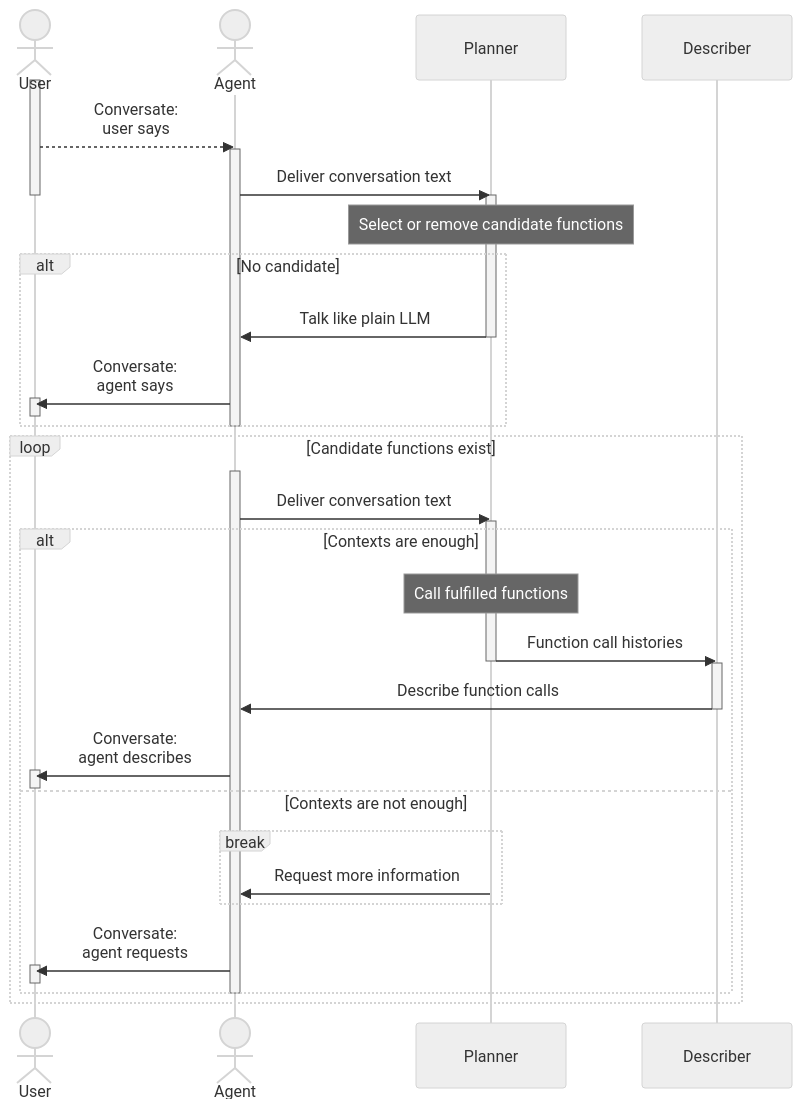
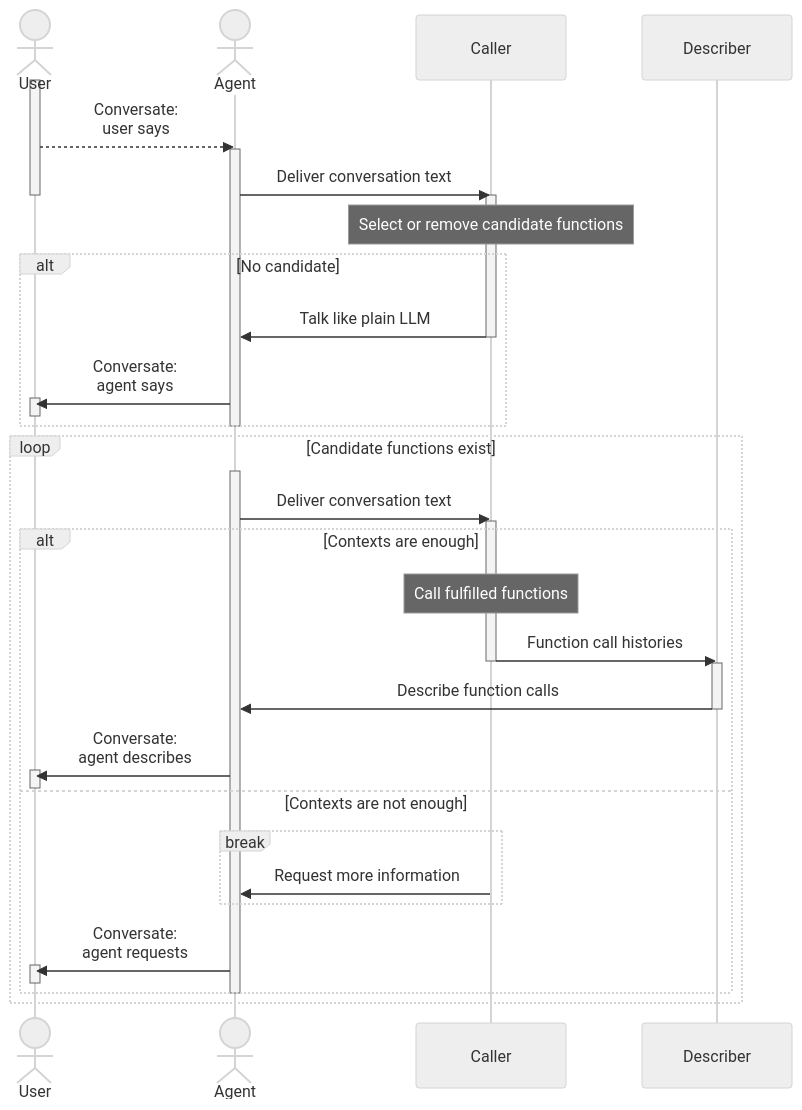
The first of 2 diagrams in packages/micro/README.md (wrtnlabs/agentica), drawn with Mermaid (neutral theme) before and after one commit. The commit also changed other lines of this file and 7 other files, not shown here.

````diff
--- a/packages/micro/README.md
+++ b/packages/micro/README.md
@@ -269,46 +269,46 @@
 ```mermaid
 sequenceDiagram
 actor User
 actor Agent
-participant Planner
+participant Caller
 participant Describer
 activate User
 User-->>Agent: Conversate:<br/>user says
 activate Agent
-Agent->>Planner: Deliver conversation text
-activate Planner
+Agent->>Caller: Deliver conversation text
+activate Caller
 deactivate User
-Note over Planner: Select or remove candidate functions
+Note over Caller: Select or remove candidate functions
 alt No candidate
-  Planner->>Agent: Talk like plain LLM
-  deactivate Planner
+  Caller->>Agent: Talk like plain LLM
+  deactivate Caller
   Agent->>User: Conversate:<br/>agent says
   activate User
   deactivate User
 end
 deactivate Agent
 loop Candidate functions exist
   activate Agent
-  Agent->>Planner: Deliver conversation text
-  activate Planner
+  Agent->>Caller: Deliver conversation text
+  activate Caller
   alt Contexts are enough
-    Note over Planner: Call fulfilled functions
-    Planner->>Describer: Function call histories
-    deactivate Planner
+    Note over Caller: Call fulfilled functions
+    Caller->>Describer: Function call histories
+    deactivate Caller
     activate Describer
     Describer->>Agent: Describe function calls
     deactivate Describer
     Agent->>User: Conversate:<br/>agent describes
     activate User
     deactivate User
   else Contexts are not enough
     break
-      Planner->>Agent: Request more information
+      Caller->>Agent: Request more information
     end
     Agent->>User: Conversate:<br/>agent requests
     activate User
     deactivate User
   end
   deactivate Agent
 end
 ```
````
